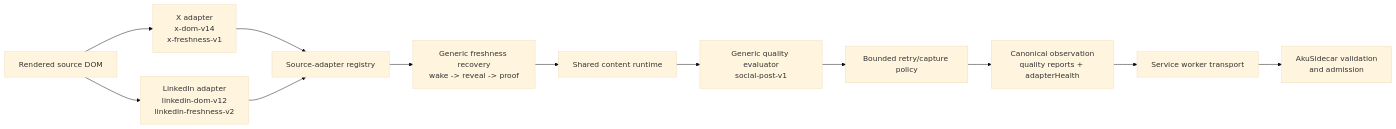
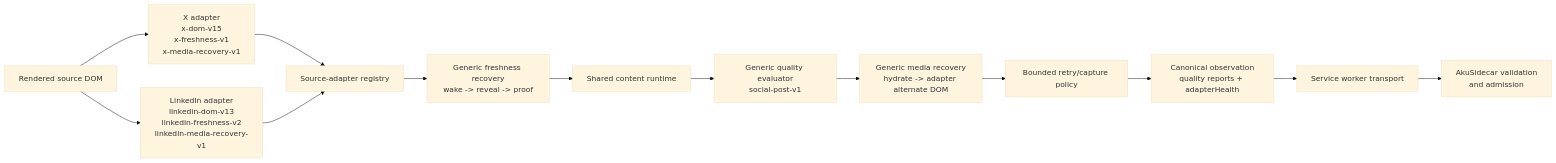
The diagram in README.md (abangkis/AkuBridge), drawn with Mermaid (base theme) before and after one commit. The commit also changed other lines of this file and 16 other files, not shown here.

Commit message:
feat: add bounded media recovery

````diff
--- a/README.md
+++ b/README.md
@@ -11,14 +11,15 @@
 ```mermaid
 flowchart LR
-    DOM["Rendered source DOM"] --> XA["X adapter<br/>x-dom-v14<br/>x-freshness-v1"]
-    DOM --> LA["LinkedIn adapter<br/>linkedin-dom-v12<br/>linkedin-freshness-v2"]
+    DOM["Rendered source DOM"] --> XA["X adapter<br/>x-dom-v15<br/>x-freshness-v1<br/>x-media-recovery-v1"]
+    DOM --> LA["LinkedIn adapter<br/>linkedin-dom-v13<br/>linkedin-freshness-v2<br/>linkedin-media-recovery-v1"]
     XA --> R["Source-adapter registry"]
     LA --> R
     R --> F["Generic freshness recovery<br/>wake -> reveal -> proof"]
     F --> C["Shared content runtime"]
     C --> Q["Generic quality evaluator<br/>social-post-v1"]
-    Q --> P["Bounded retry/capture policy"]
+    Q --> M["Generic media recovery<br/>hydrate -> adapter alternate DOM"]
+    M --> P["Bounded retry/capture policy"]
     P --> O["Canonical observation<br/>quality reports + adapterHealth"]
     O --> SW["Service worker transport"]
     SW --> S["AkuSidecar validation<br/>and admission"]
 ```
````
